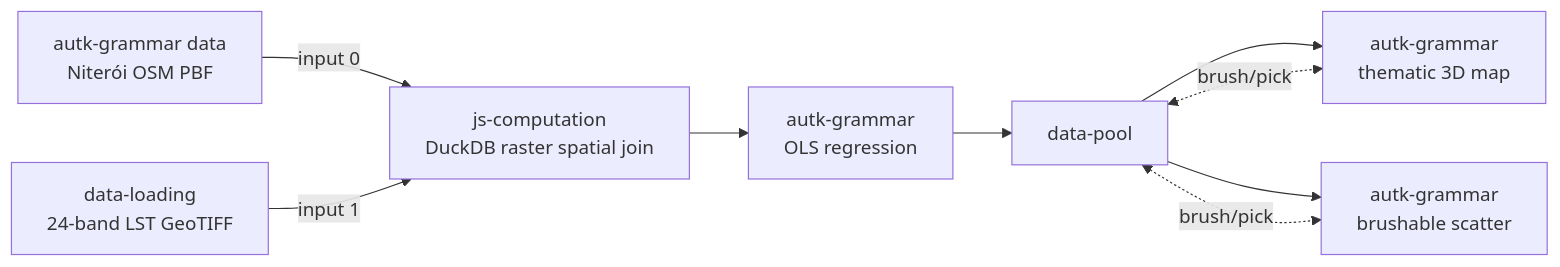
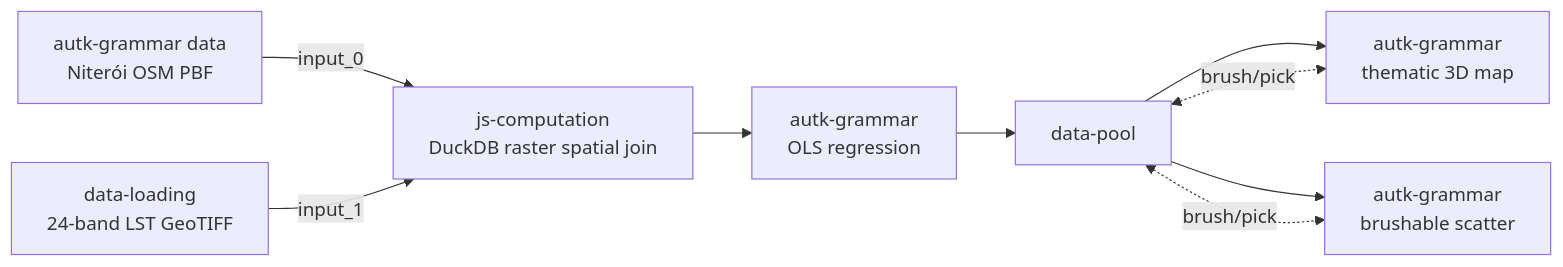
Before and after one commit to urban-toolkit/curio: the diagram in docs/examples/08-autark-spatial-join-regression.md, drawn with Mermaid. The commit also changed 146 other files, not shown here.

````diff
--- a/docs/examples/08-autark-spatial-join-regression.md
+++ b/docs/examples/08-autark-spatial-join-regression.md
@@ -19,11 +19,11 @@
 ```mermaid
 flowchart LR
-  OSM[autk-grammar data<br/>Niterói OSM PBF] -->|input 0| JOIN[js-computation<br/>DuckDB raster spatial join]
-  RASTER[data-loading<br/>24-band LST GeoTIFF] -->|input 1| JOIN
+  OSM[autk-grammar data<br/>Niterói OSM PBF] -->|input_0| JOIN[js-computation<br/>DuckDB raster spatial join]
+  RASTER[data-loading<br/>24-band LST GeoTIFF] -->|input_1| JOIN
   JOIN --> OLS[autk-grammar<br/>OLS regression]
   OLS --> POOL[data-pool]
   POOL --> MAP[autk-grammar<br/>thematic 3D map]
   POOL --> PLOT[autk-grammar<br/>brushable scatter]
   POOL <-. brush/pick .-> MAP
   POOL <-. brush/pick .-> PLOT
 ```
````
